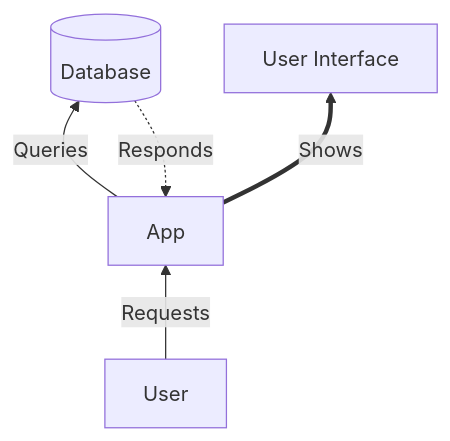
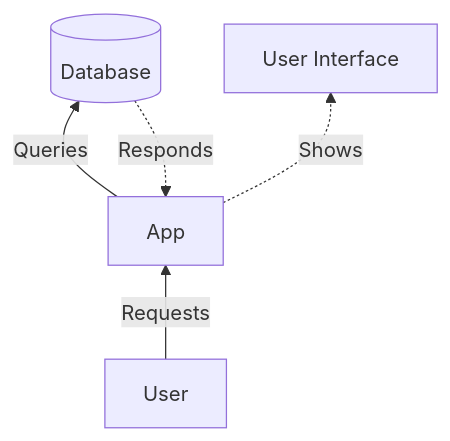
The third of 3 diagrams in src/site/notes/Immune Defense/Buildings/Dynamic Buildings/Spider Nest Specs.md (LucasShiota/my-digital-garden), drawn with Mermaid before and after one commit. The commit also changed other lines of this file, not shown here.

````diff
--- a/src/site/notes/Immune Defense/Buildings/Dynamic Buildings/Spider Nest Specs.md
+++ b/src/site/notes/Immune Defense/Buildings/Dynamic Buildings/Spider Nest Specs.md
@@ -93,7 +92,7 @@
 ```mermaid
 graph BT
     User -->|Requests| App
     App -->|Queries| DB[(Database)]
     DB -.->|Responds| App
-    App ==>|Shows| UI[User Interface]
+    App -.->|Shows| UI[User Interface]
 ```
````
